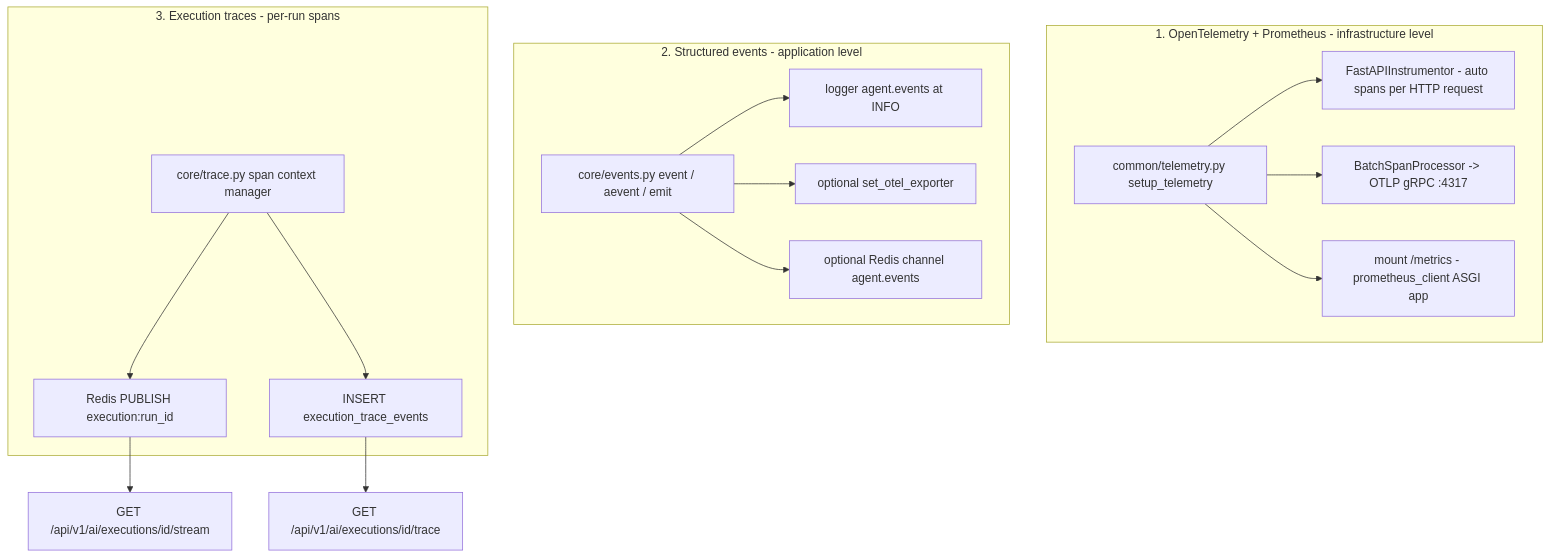
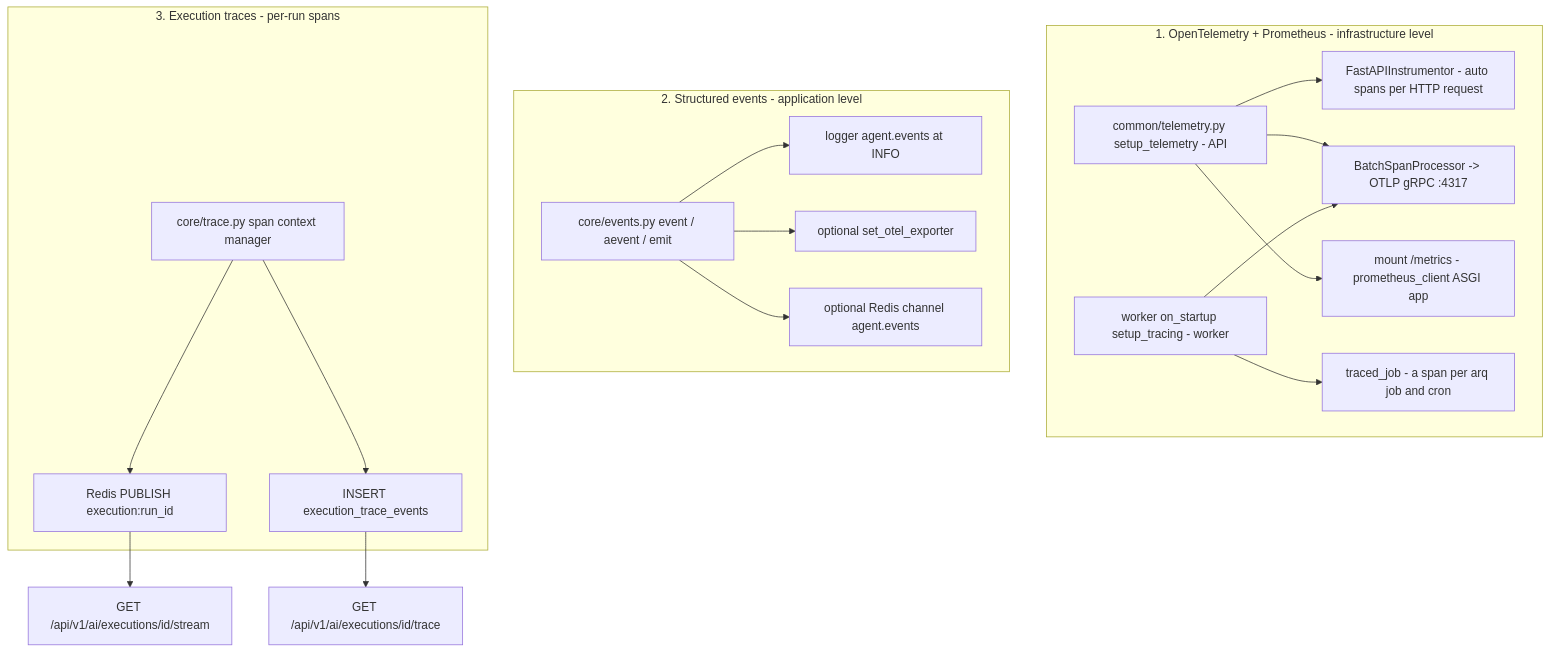
One commit to gondolerahul/hire-buddha-app changed diagram 15 of 19 in docs/current/02-system-architecture.md. Above: the diagram before and after it, drawn with Mermaid. The commit also changed other lines of this file and 9 other files, not shown here.

First line of the commit message:
fix(worker): every job is a span in the trace of the request that queued it (SA-10)

````diff
--- a/docs/current/02-system-architecture.md
+++ b/docs/current/02-system-architecture.md
@@ -1023,22 +1033,24 @@
 ```mermaid
 graph TB
     subgraph OTEL["1. OpenTelemetry + Prometheus - infrastructure level"]
-        SETUP["common/telemetry.py setup_telemetry"]
+        SETUP["common/telemetry.py setup_telemetry - API"]
         SETUP --> FASTAPI["FastAPIInstrumentor - auto spans per HTTP request"]
         SETUP --> OTLP["BatchSpanProcessor -> OTLP gRPC :4317"]
         SETUP --> PROMEP["mount /metrics - prometheus_client ASGI app"]
+        WSETUP["worker on_startup setup_tracing - worker"] --> OTLP
+        WSETUP --> JOBSPAN["traced_job - a span per arq job and cron"]
     end
     subgraph EV["2. Structured events - application level"]
         EVENT["core/events.py event / aevent / emit"]
         EVENT --> LOG["logger agent.events at INFO"]
         EVENT --> OTELX["optional set_otel_exporter"]
         EVENT --> REDISCH["optional Redis channel agent.events"]
     end
     subgraph TR["3. Execution traces - per-run spans"]
         SPAN["core/trace.py span context manager"]
         SPAN --> LIVE["Redis PUBLISH execution:run_id"]
         SPAN --> HIST["INSERT execution_trace_events"]
     end
     LIVE --> SSE["GET /api/v1/ai/executions/id/stream"]
     HIST --> TRACEEP["GET /api/v1/ai/executions/id/trace"]
 ```
````
